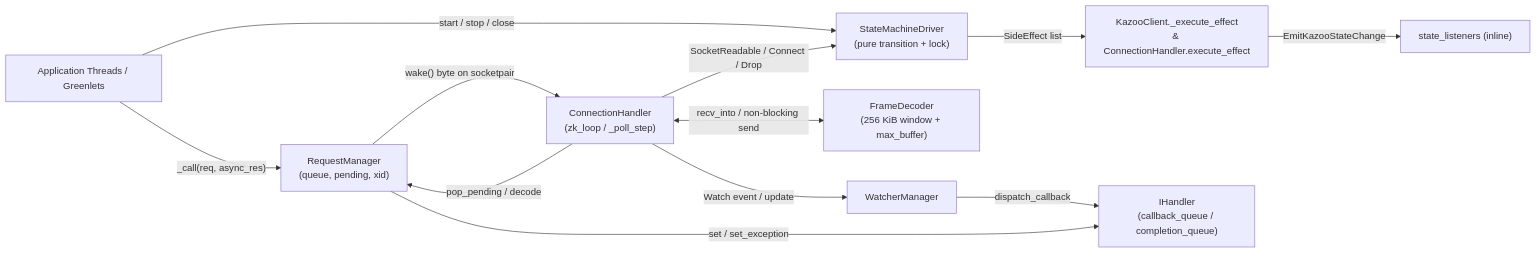
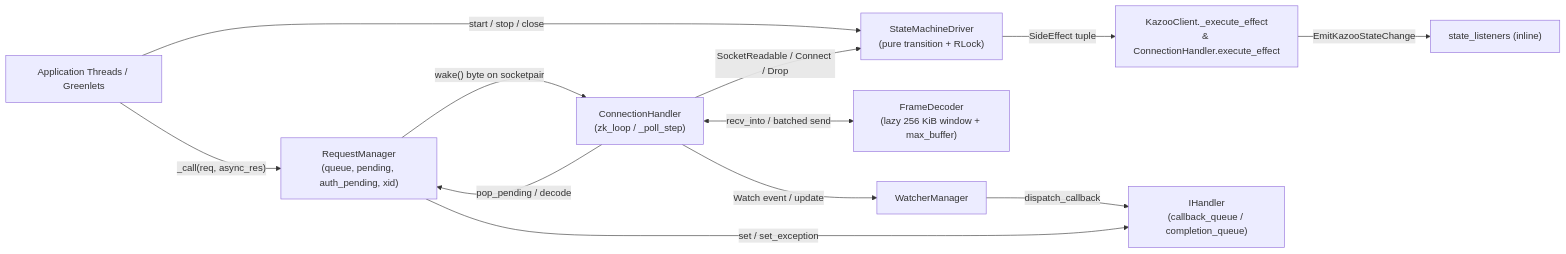
One commit to ceache/kazoo changed the first of 4 diagrams in DESIGN.md. Above: the diagram before and after it, drawn with Mermaid. The commit also changed other lines of this file and 2 other files, not shown here.

First line of the commit message:
fixup! docs: document Sans-I/O state machine, FrameDecoder architecture, and release notes

````diff
--- a/DESIGN.md
+++ b/DESIGN.md
@@ -20,14 +20,14 @@
 ```mermaid
 flowchart LR
-    Caller["Application Threads / Greenlets"] -->|"_call(req, async_res)"| RM["RequestManager<br/>(queue, pending, xid)"]
-    Caller -->|"start / stop / close"| SM["StateMachineDriver<br/>(pure transition + lock)"]
+    Caller["Application Threads / Greenlets"] -->|"_call(req, async_res)"| RM["RequestManager<br/>(queue, pending, auth_pending, xid)"]
+    Caller -->|"start / stop / close"| SM["StateMachineDriver<br/>(pure transition + RLock)"]
     RM -->|"wake() byte on socketpair"| Loop["ConnectionHandler<br/>(zk_loop / _poll_step)"]
     Loop -->|"SocketReadable / Connect / Drop"| SM
-    SM -->|"SideEffect list"| Exec["KazooClient._execute_effect<br/>& ConnectionHandler.execute_effect"]
+    SM -->|"SideEffect tuple"| Exec["KazooClient._execute_effect<br/>& ConnectionHandler.execute_effect"]
     Exec -->|"EmitKazooStateChange"| Listeners["state_listeners (inline)"]
-    Loop <-->|"recv_into / non-blocking send"| FD["FrameDecoder<br/>(256 KiB window + max_buffer)"]
+    Loop <-->|"recv_into / batched send"| FD["FrameDecoder<br/>(lazy 256 KiB window + max_buffer)"]
     Loop -->|"pop_pending / decode"| RM
     Loop -->|"Watch event / update"| WM["WatcherManager"]
     WM -->|"dispatch_callback"| Handler["IHandler<br/>(callback_queue / completion_queue)"]
     RM -->|"set / set_exception"| Handler
 ```
````
